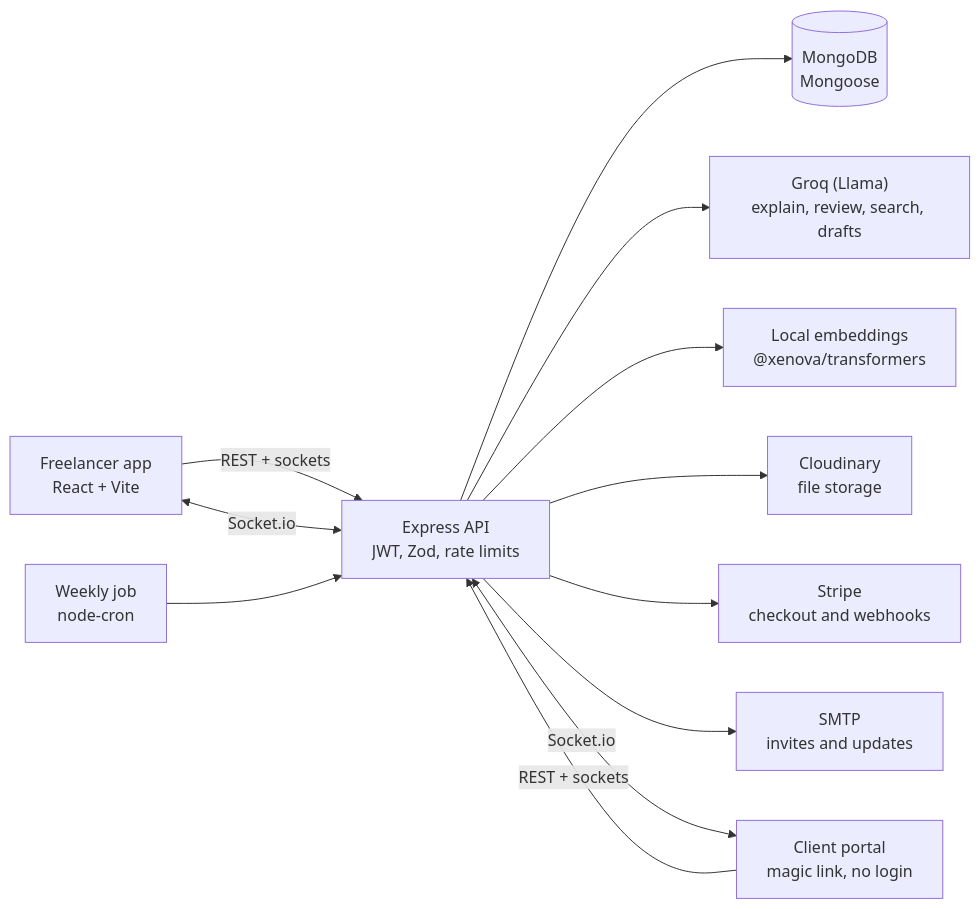
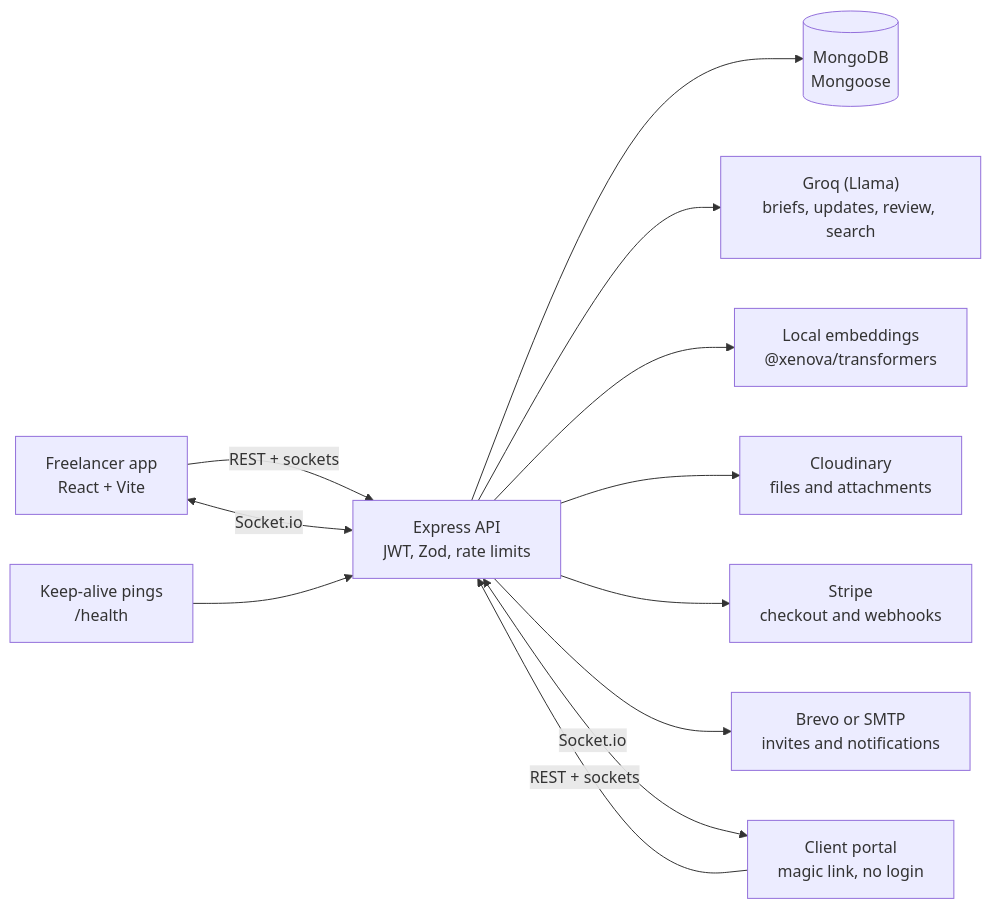
Before and after one commit to archanathakur86/ClientSphere--AI-powered-Collaboration: the diagram in README.md, drawn with Mermaid. The commit also changed other lines of this file, not shown here.

````diff
--- a/README.md
+++ b/README.md
@@ -107,14 +123,14 @@
 ```mermaid
 flowchart LR
     F["Freelancer app<br/>React + Vite"] -->|REST + sockets| API["Express API<br/>JWT, Zod, rate limits"]
     C["Client portal<br/>magic link, no login"] -->|REST + sockets| API
     API --> DB[("MongoDB<br/>Mongoose")]
-    API --> AI["Groq (Llama)<br/>explain, review, search, drafts"]
+    API --> AI["Groq (Llama)<br/>briefs, updates, review, search"]
     API --> EMB["Local embeddings<br/>@xenova/transformers"]
-    API --> CDN["Cloudinary<br/>file storage"]
+    API --> CDN["Cloudinary<br/>files and attachments"]
     API --> PAY["Stripe<br/>checkout and webhooks"]
-    API --> MAIL["SMTP<br/>invites and updates"]
+    API --> MAIL["Brevo or SMTP<br/>invites and notifications"]
     API <-->|Socket.io| F
     API <-->|Socket.io| C
-    CRON["Weekly job<br/>node-cron"] --> API
+    CRON["Keep-alive pings<br/>/health"] --> API
 ```
````
